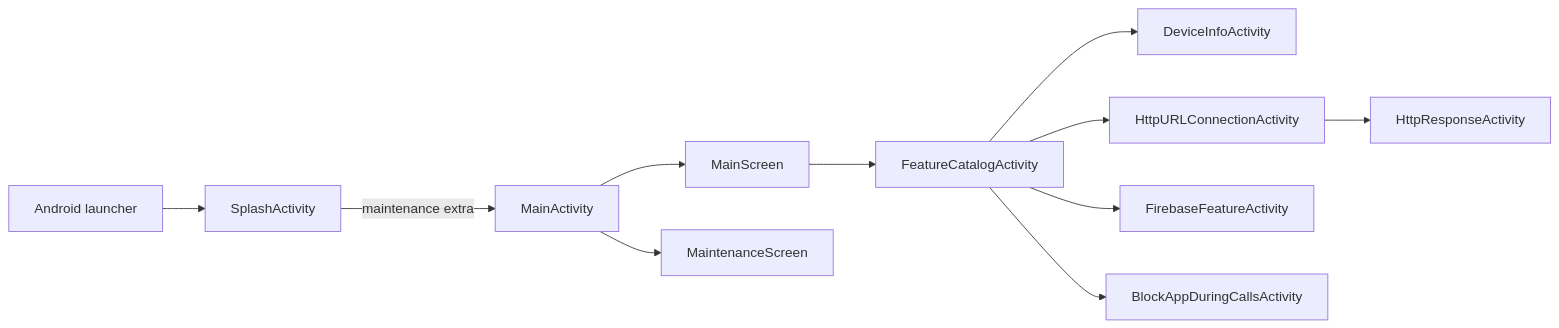
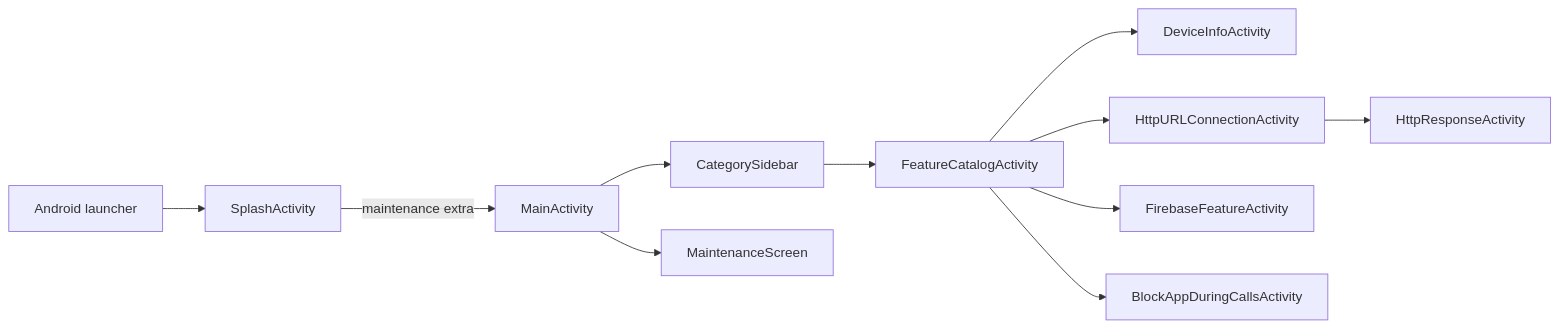
One commit to gjp-ai/gjp-lab-android-kotlin changed the first of 2 diagrams in doc/architecture/application.md. Above: the diagram before and after it, drawn with Mermaid. The commit also changed other lines of this file and 38 other files, not shown here.

````diff
--- a/doc/architecture/application.md
+++ b/doc/architecture/application.md
@@ -11,13 +11,13 @@
 ```mermaid
 flowchart LR
     Launcher[Android launcher] --> SplashActivity
     SplashActivity -->|maintenance extra| MainActivity
-    MainActivity --> MainScreen
+    MainActivity --> CategorySidebar
     MainActivity --> MaintenanceScreen
-    MainScreen --> FeatureCatalogActivity
+    CategorySidebar --> FeatureCatalogActivity
     FeatureCatalogActivity --> DeviceInfoActivity
     FeatureCatalogActivity --> HttpURLConnectionActivity
     FeatureCatalogActivity --> FirebaseFeatureActivity
     FeatureCatalogActivity --> BlockAppDuringCallsActivity
     HttpURLConnectionActivity --> HttpResponseActivity
 ```
````
